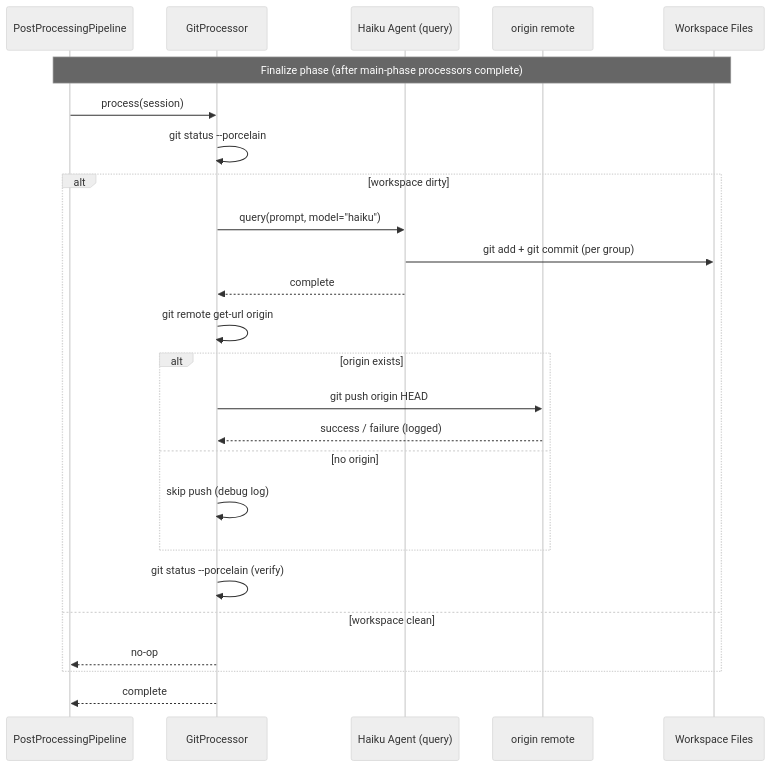
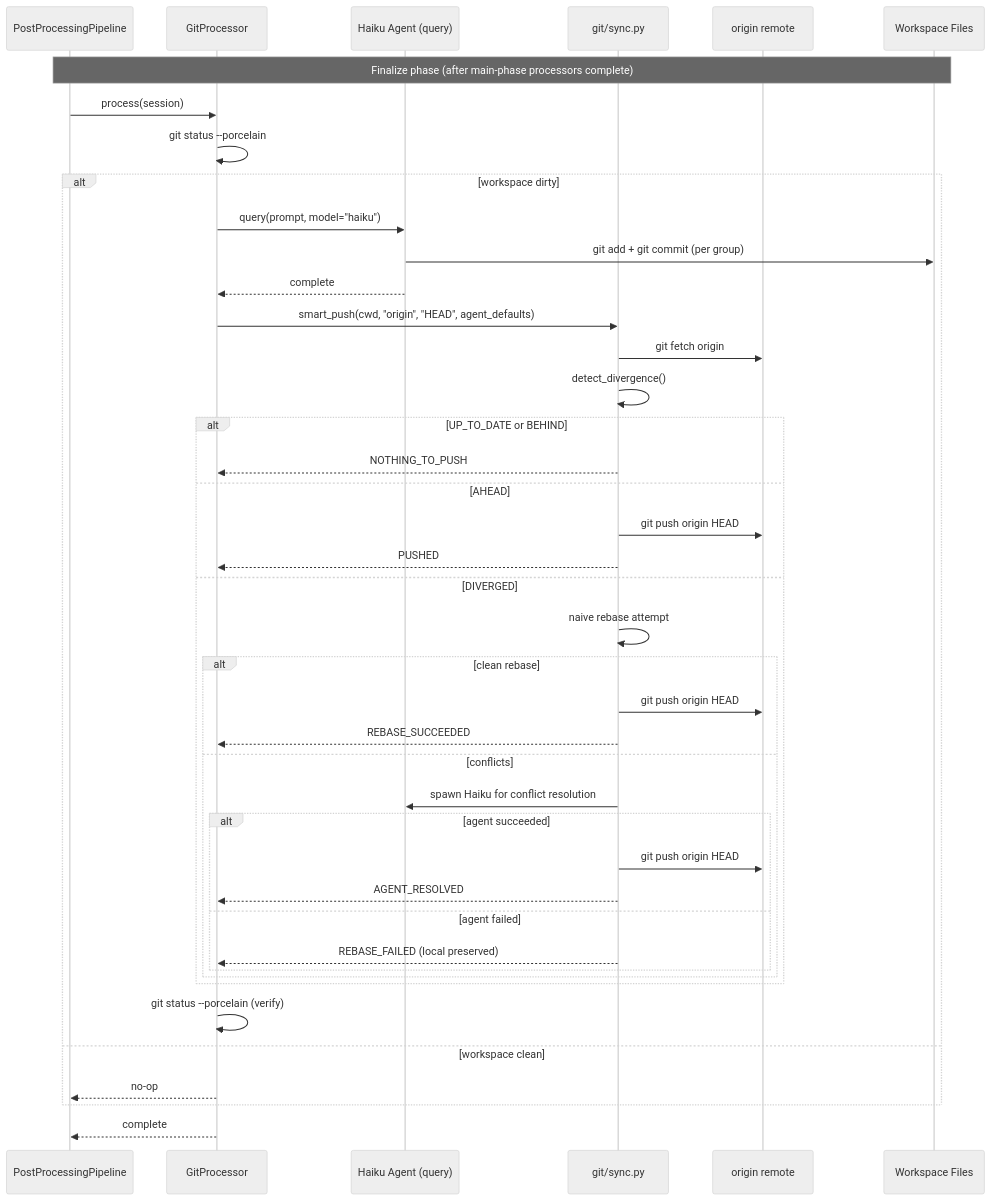
The diagram in docs/feature-designs/agent/workspace-version-tracking.md (asermax/tachikoma), drawn with Mermaid (neutral theme) before and after one commit. The commit also changed other lines of this file and 9 other files, not shown here.

````diff
--- a/docs/feature-designs/agent/workspace-version-tracking.md
+++ b/docs/feature-designs/agent/workspace-version-tracking.md
@@ -50,28 +51,45 @@
 ```mermaid
 sequenceDiagram
     participant Pipeline as PostProcessingPipeline
     participant Git as GitProcessor
     participant Agent as Haiku Agent (query)
+    participant Sync as git/sync.py
     participant Remote as origin remote
     participant FS as Workspace Files
 
     Note over Pipeline,FS: Finalize phase (after main-phase processors complete)
     Pipeline->>Git: process(session)
     Git->>Git: git status --porcelain
     alt workspace dirty
         Git->>Agent: query(prompt, model="haiku")
         Agent->>FS: git add + git commit (per group)
         Agent-->>Git: complete
-        Git->>Git: git remote get-url origin
-        alt origin exists
-            Git->>Remote: git push origin HEAD
-            Remote-->>Git: success / failure (logged)
-        else no origin
-            Git->>Git: skip push (debug log)
+        Git->>Sync: smart_push(cwd, "origin", "HEAD", agent_defaults)
+        Sync->>Remote: git fetch origin
+        Sync->>Sync: detect_divergence()
+        alt UP_TO_DATE or BEHIND
+            Sync-->>Git: NOTHING_TO_PUSH
+        else AHEAD
+            Sync->>Remote: git push origin HEAD
+            Sync-->>Git: PUSHED
+        else DIVERGED
+            Sync->>Sync: naive rebase attempt
+            alt clean rebase
+                Sync->>Remote: git push origin HEAD
+                Sync-->>Git: REBASE_SUCCEEDED
+            else conflicts
+                Sync->>Agent: spawn Haiku for conflict resolution
+                alt agent succeeded
+                    Sync->>Remote: git push origin HEAD
+                    Sync-->>Git: AGENT_RESOLVED
+                else agent failed
+                    Sync-->>Git: REBASE_FAILED (local preserved)
+                end
+            end
         end
         Git->>Git: git status --porcelain (verify)
     else workspace clean
         Git-->>Pipeline: no-op
     end
     Git-->>Pipeline: complete
 ```
````
